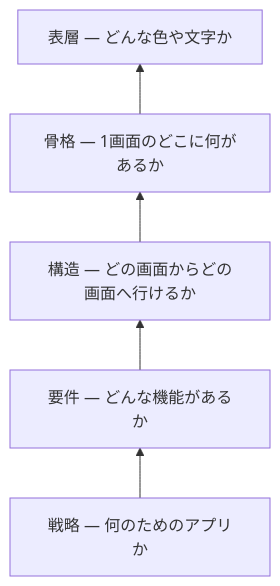
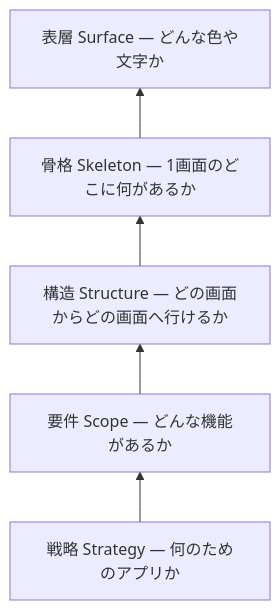
The diagram in docs/drafts/172/index.md (ozaki25/web-front-training-ozaki25), drawn with Mermaid before and after one commit. The commit also changed other lines of this file, not shown here.

Commit message:
172 各段階に英語を併記
英語の資料や図に当たったときに対応が取れるよう、図のラベルと各節の
見出しに原語を併記（戦略 Strategy／要件 Scope／構造 Structure／
骨格 Skeleton／表層 Surface）。見出しは lint の規則（括弧を使わない）に
合わせてスペース区切りで表記。図はレンダリングして崩れがないことを確認。

Claude-Session: https://claude.ai/code/session_01VBuKGSzVmu6184hRMdwGoV

````diff
--- a/docs/drafts/172/index.md
+++ b/docs/drafts/172/index.md
@@ -19,9 +19,9 @@
 ```mermaid
 flowchart BT
-  s1["戦略 — 何のためのアプリか"]
-  s2["要件 — どんな機能があるか"]
-  s3["構造 — どの画面からどの画面へ行けるか"]
-  s4["骨格 — 1画面のどこに何があるか"]
-  s5["表層 — どんな色や文字か"]
+  s1["戦略 Strategy — 何のためのアプリか"]
+  s2["要件 Scope — どんな機能があるか"]
+  s3["構造 Structure — どの画面からどの画面へ行けるか"]
+  s4["骨格 Skeleton — 1画面のどこに何があるか"]
+  s5["表層 Surface — どんな色や文字か"]
   s1 --> s2 --> s3 --> s4 --> s5
 ```
````
